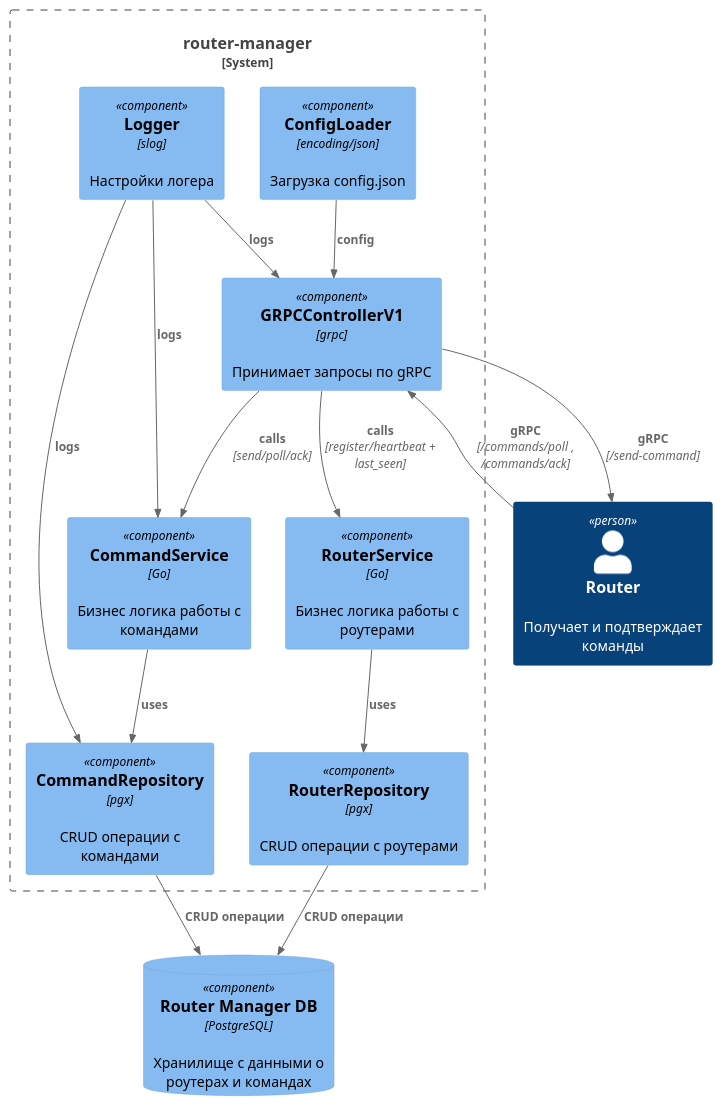
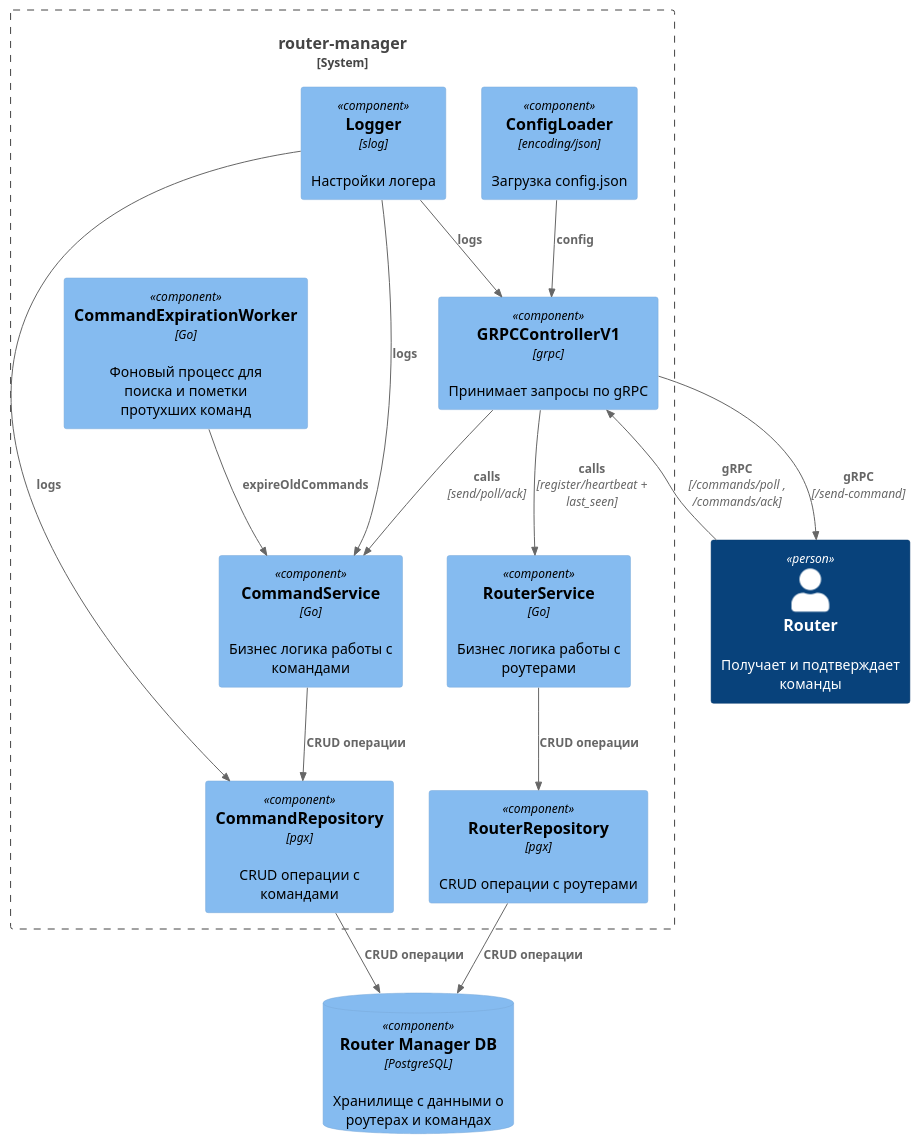
The diagram in router-manager/diagrams/component.puml (SinglePlayer56/iot), drawn with PlantUML before and after one commit. The commit also changed 1 other file, not shown here.

Commit message:
Update diagrams

```diff
--- a/router-manager/diagrams/component.puml
+++ b/router-manager/diagrams/component.puml
@@ -1,39 +1,43 @@
 @startuml
 !includeurl https://raw.githubusercontent.com/plantuml-stdlib/C4-PlantUML/master/C4_Component.puml
 
 Person(router, "Router", "Получает и подтверждает команды")
 
 System_Boundary(router_manager_service, "router-manager") {
 
   Component(grpc_controller, "GRPCControllerV1", "grpc", "Принимает запросы по gRPC")
 
   Component(command_service, "CommandService", "Go", "Бизнес логика работы с командами")
   Component(router_service, "RouterService", "Go", "Бизнес логика работы с роутерами")
+
+  Component(expiration_worker, "CommandExpirationWorker", "Go", "Фоновый процесс для поиска и пометки протухших команд")
 
   Component(command_repository, "CommandRepository", "pgx", "CRUD операции с командами")
   Component(router_repository, "RouterRepository", "pgx", "CRUD операции с роутерами")
 
   Component(config_loader, "ConfigLoader", "encoding/json", "Загрузка config.json")
   Component(log, "Logger", "slog", "Настройки логера")
 
   Rel(router, grpc_controller, "gRPC", "/commands/poll , /commands/ack")
   Rel(grpc_controller, router, "gRPC", "/send-command")
 
   Rel(grpc_controller, command_service, "calls", "send/poll/ack")
   Rel(grpc_controller, router_service, "calls", "register/heartbeat + last_seen")
 
-  Rel(command_service, command_repository, "uses")
-  Rel(router_service, router_repository, "uses")
+  Rel(expiration_worker, command_service, "expireOldCommands")
+
+  Rel(command_service, command_repository, "CRUD операции")
+  Rel(router_service, router_repository, "CRUD операции")
 
   Rel(config_loader, grpc_controller, "config")
   Rel(log, grpc_controller, "logs")
   Rel(log, command_service, "logs")
   Rel(log, command_repository, "logs")
 }
 
 ComponentDb(router_manager_data, "Router Manager DB", "PostgreSQL", "Хранилище с данными о роутерах и командах")
 
 Rel(command_repository, router_manager_data, "CRUD операции")
 Rel(router_repository, router_manager_data, "CRUD операции")
 
 @enduml
```
